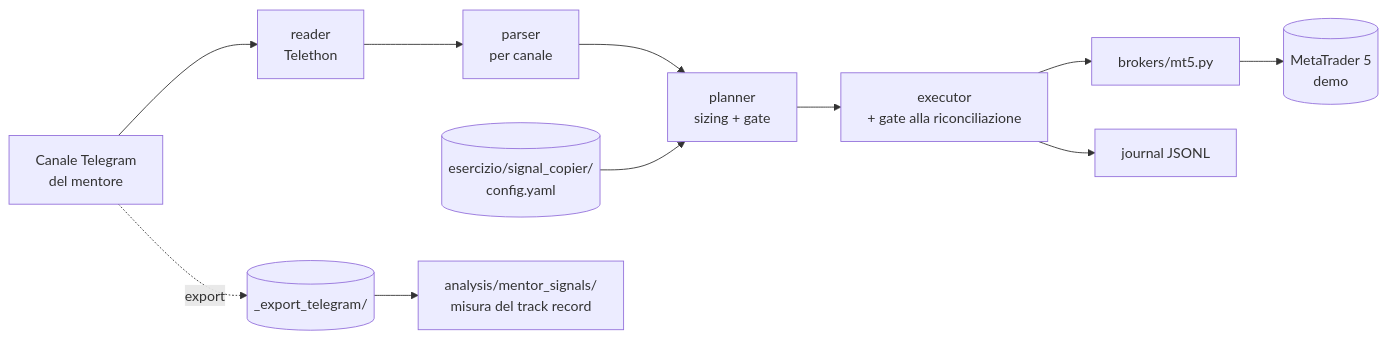
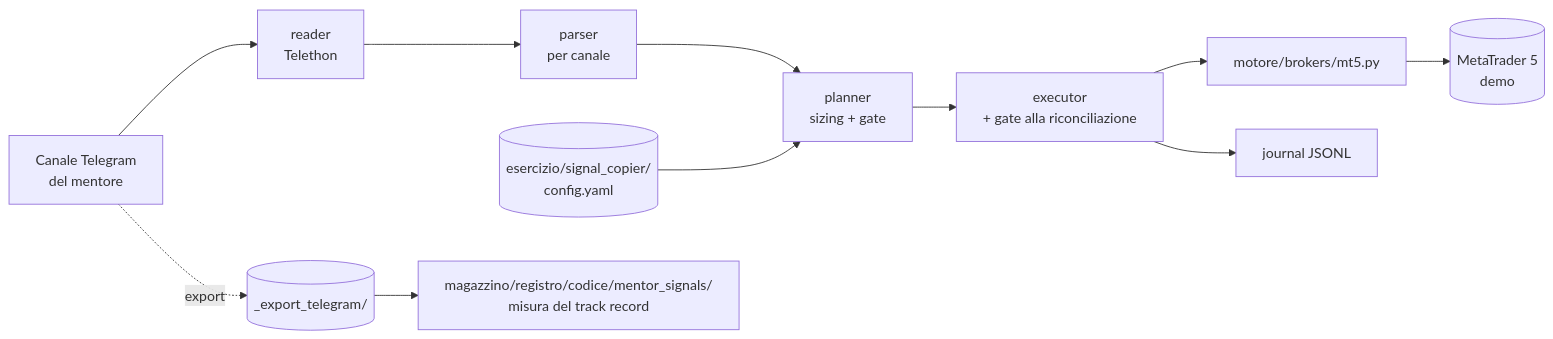
The second of 2 diagrams in decisioni/mappa/00-panoramica-trad.md (matteoteo2507-stack/trad), drawn with Mermaid before and after one commit. The commit also changed other lines of this file and 610 other files, not shown here.

First line of the commit message:
Riordino motore, passo 2: macro motore/ e codice nel magazzino; migrazione in cinque macro finita

````diff
--- a/decisioni/mappa/00-panoramica-trad.md
+++ b/decisioni/mappa/00-panoramica-trad.md
@@ -56,11 +56,11 @@
 ```mermaid
 flowchart LR
   TG[Canale Telegram<br/>del mentore] --> R[reader<br/>Telethon]
   R --> PA[parser<br/>per canale]
   PA --> PL[planner<br/>sizing + gate]
   CF[(esercizio/signal_copier/<br/>config.yaml)] --> PL
   PL --> EX[executor<br/>+ gate alla riconciliazione]
-  EX --> MT[brokers/mt5.py] --> MT5[(MetaTrader 5<br/>demo)]
+  EX --> MT[motore/brokers/mt5.py] --> MT5[(MetaTrader 5<br/>demo)]
   EX --> J[journal JSONL]
-  TG -. export .-> ET[(_export_telegram/)] --> MS[analysis/mentor_signals/<br/>misura del track record]
+  TG -. export .-> ET[(_export_telegram/)] --> MS[magazzino/registro/codice/mentor_signals/<br/>misura del track record]
 ```
````
